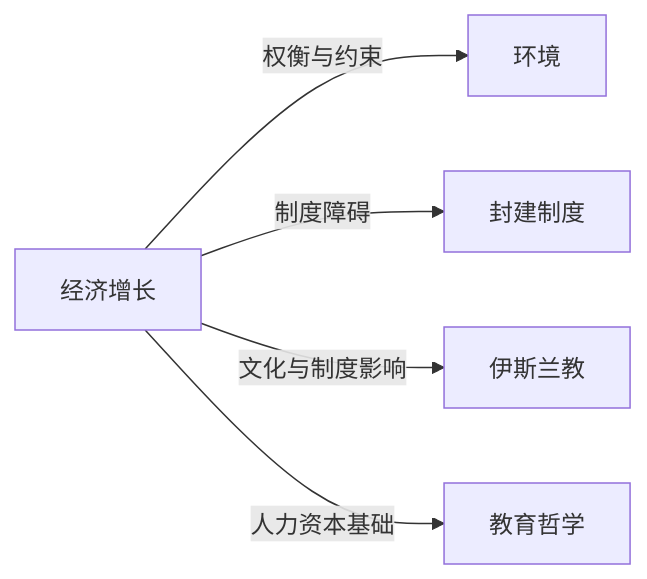
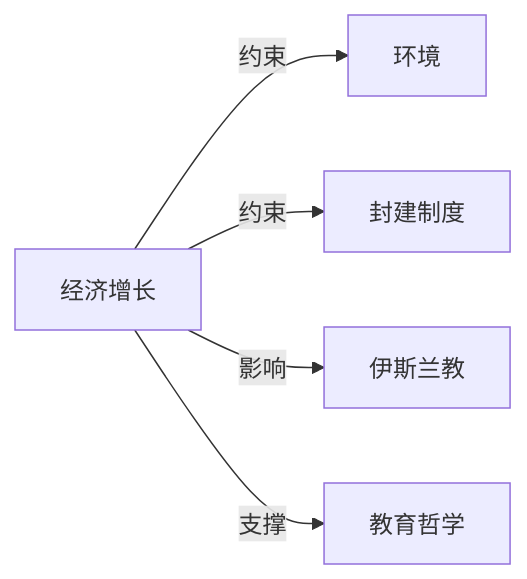
The diagram in Knowledge/Concepts/经济/经济增长.md (KIMMCHOW/MyKnowledge), drawn with Mermaid before and after one commit. The commit also changed 95 other files, not shown here.

Commit message:
reorganize: 统一关系图边标签为11类

````diff
--- a/Knowledge/Concepts/经济/经济增长.md
+++ b/Knowledge/Concepts/经济/经济增长.md
@@ -42,7 +42,7 @@
 ```mermaid
 graph LR
-经济增长 -->|权衡与约束| 环境
-经济增长 -->|制度障碍| 封建制度
-经济增长 -->|文化与制度影响| 伊斯兰教
-经济增长 -->|人力资本基础| 教育哲学
+经济增长 -->|约束| 环境
+经济增长 -->|约束| 封建制度
+经济增长 -->|影响| 伊斯兰教
+经济增长 -->|支撑| 教育哲学
 ```
````
